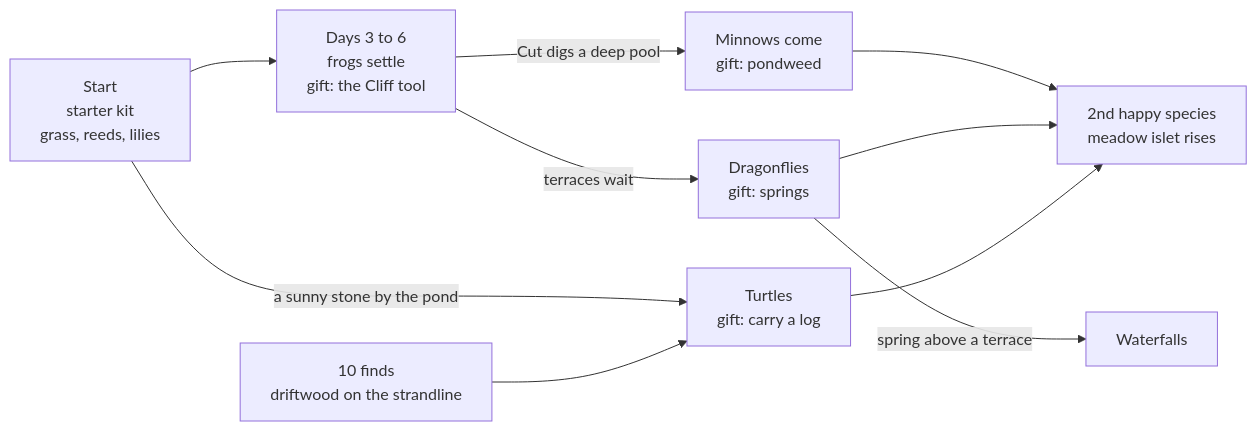
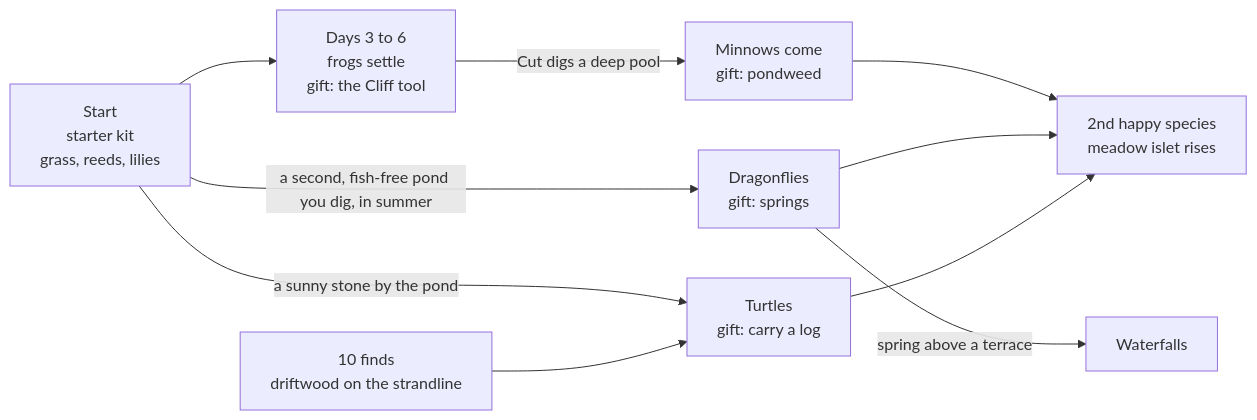
One commit to mshomper/ebb changed the first of 3 diagrams in docs/13-progression-and-expansion.md. Above: the diagram before and after it, drawn with Mermaid. The commit also changed other lines of this file, not shown here.

First line of the commit message:
Merge origin/main (the year, season by season) into m2-minnows-dragonflies

````diff
--- a/docs/13-progression-and-expansion.md
+++ b/docs/13-progression-and-expansion.md
@@ -31,12 +31,12 @@
 ```mermaid
 flowchart LR
   S[Start<br/>starter kit<br/>grass, reeds, lilies] --> F[Days 3 to 6<br/>frogs settle<br/>gift: the Cliff tool]
   F -->|Cut digs a deep pool| M[Minnows come<br/>gift: pondweed]
-  F -->|terraces wait| D[Dragonflies<br/>gift: springs]
+  S -->|a second, fish-free pond you dig, in summer| D[Dragonflies<br/>gift: springs]
   D -->|spring above a terrace| W[Waterfalls]
   S -->|a sunny stone by the pond| T[Turtles<br/>gift: carry a log]
   N[10 finds<br/>driftwood on the strandline] --> T
   M --> L[2nd happy species<br/>meadow islet rises]
   D --> L
   T --> L
 ```
````
